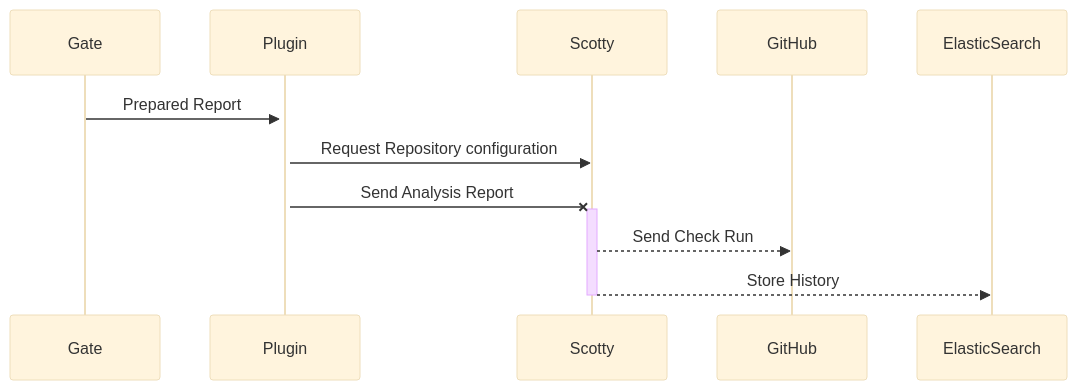
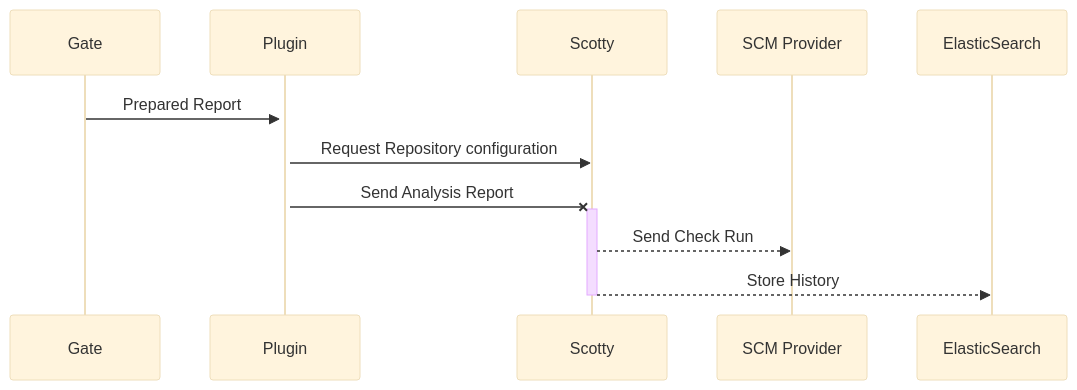
The diagram in docs/_docs/extend/architecture.md (swingletree-oss/swingletree), drawn with Mermaid (base theme) before and after one commit.

Commit message:
docs: rename "github" to  "scm provider"

```diff
--- a/docs/_docs/extend/architecture.md
+++ b/docs/_docs/extend/architecture.md
@@ -35,8 +35,8 @@
 <div class="mermaid">
 sequenceDiagram
 Gate ->> +Plugin: Prepared Report
 Plugin ->> Scotty: Request Repository configuration 
 Plugin -x +Scotty: Send Analysis Report
-Scotty -->> GitHub: Send Check Run
+Scotty -->> SCM Provider: Send Check Run
 Scotty -->> -ElasticSearch: Store History
 </div>
```
